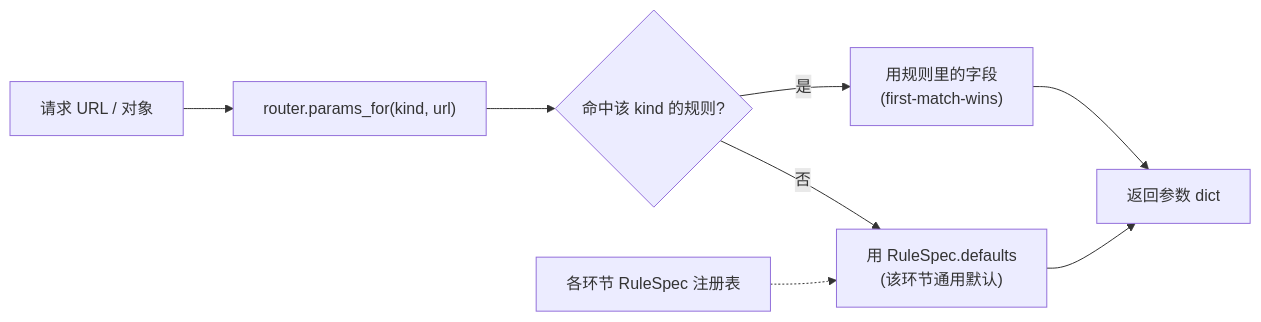
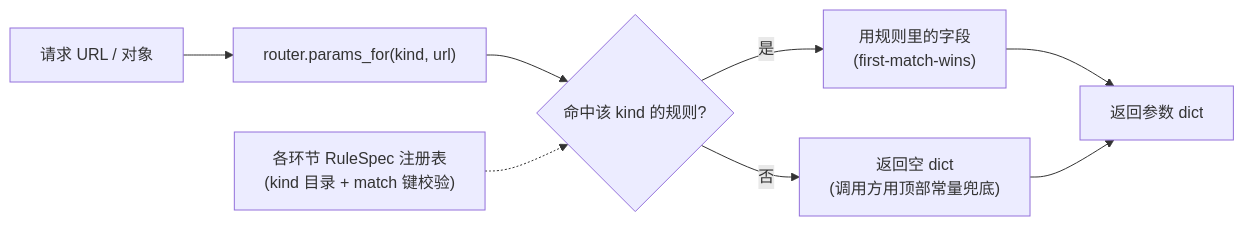
Before and after one commit to itingyu/webtool: the second of 2 diagrams in docs/refactor-plan.md, drawn with Mermaid. The commit also changed other lines of this file and 14 other files, not shown here.

````diff
--- a/docs/refactor-plan.md
+++ b/docs/refactor-plan.md
@@ -170,10 +177,10 @@
 ```mermaid
 flowchart LR
     REQ["请求 URL / 对象"] --> Q["router.params_for(kind, url)"]
     Q --> H{"命中该 kind 的规则?"}
     H -- 是 --> R["用规则里的字段<br/>(first-match-wins)"]
-    H -- 否 --> D["用 RuleSpec.defaults<br/>(该环节通用默认)"]
+    H -- 否 --> D["返回空 dict<br/>(调用方用顶部常量兜底)"]
     R --> OUT["返回参数 dict"]
     D --> OUT
-    REG["各环节 RuleSpec 注册表"] -.-> D
+    REG["各环节 RuleSpec 注册表<br/>(kind 目录 + match 键校验)"] -.-> H
 ```
````
